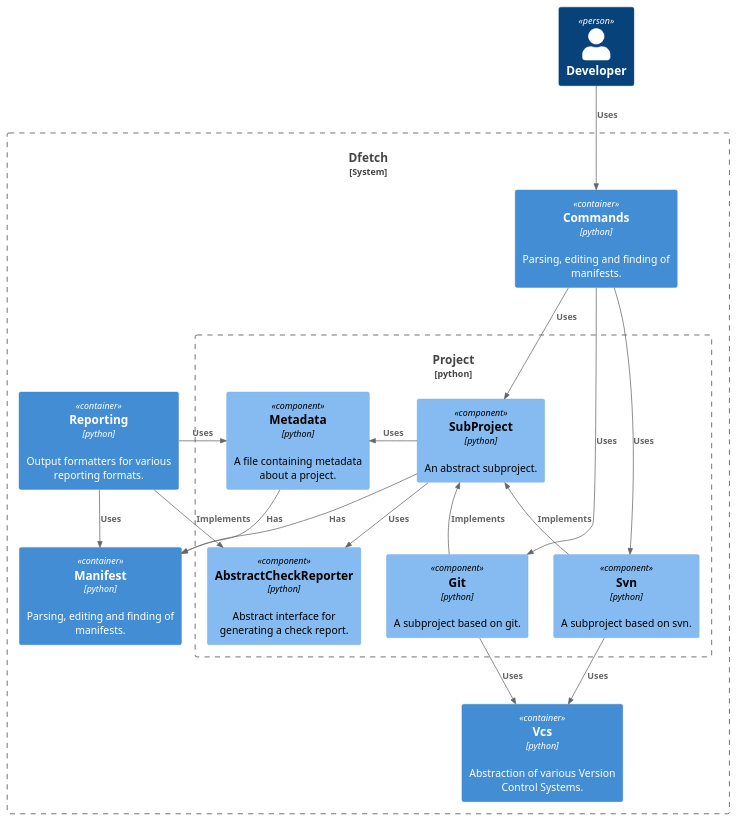
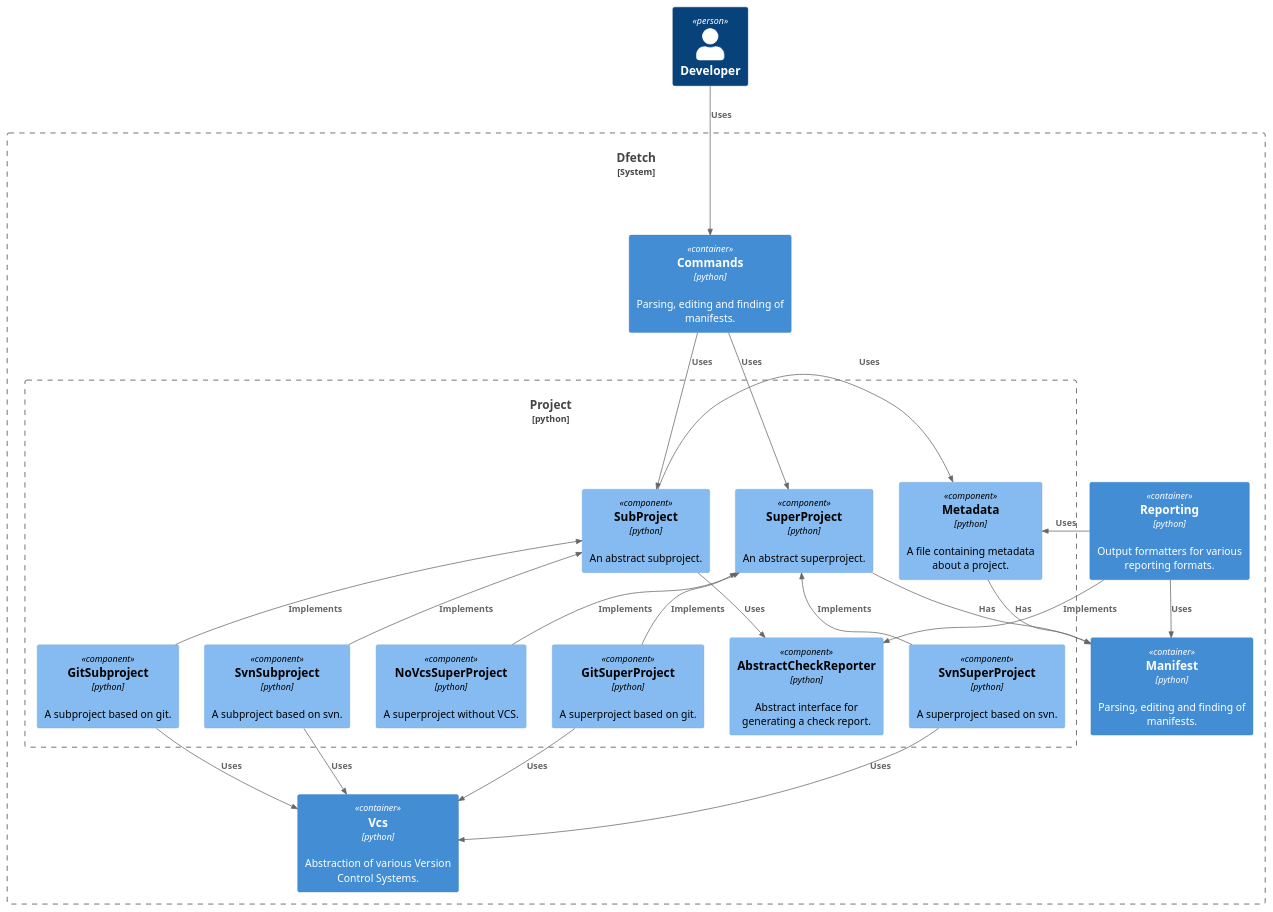
One commit to dfetch-org/dfetch changed the diagram in doc/static/uml/c3_dfetch_components_project.puml. Above: the diagram before and after it, drawn with PlantUML.

Commit message:
Add superproject to c3 diagram

```diff
--- a/doc/static/uml/c3_dfetch_components_project.puml
+++ b/doc/static/uml/c3_dfetch_components_project.puml
@@ -1,44 +1,52 @@
 @startuml
 
 !include https://raw.githubusercontent.com/plantuml-stdlib/C4-PlantUML/master/C4_Component.puml
 
 Person(user, "Developer")
 
 System_Boundary(DFetch, "Dfetch") {
 
     Container(contCommands, "Commands", "python", "Parsing, editing and finding of manifests.")
 
     Container(contManifest, "Manifest", "python", "Parsing, editing and finding of manifests.")
     Boundary(DfetchProject, "Project", "python", "Main project that has a manifest.") {
 
         Component(compAbstractCheckReporter, "AbstractCheckReporter", "python", "Abstract interface for generating a check report.")
-        Component(compGit, "Git", "python", "A subproject based on git.")
+        Component(compGitSub, "GitSubproject", "python", "A subproject based on git.")
         Component(compMetadata, "Metadata", "python", "A file containing metadata about a project.")
-        Component(compSvn, "Svn", "python", "A subproject based on svn.")
+        Component(compSvnSub, "SvnSubproject", "python", "A subproject based on svn.")
         Component(compSubProject, "SubProject", "python", "An abstract subproject.")
+        Component(compSuperProject, "SuperProject", "python", "An abstract superproject.")
+        Component(compGitSuper, "GitSuperProject", "python", "A superproject based on git.")
+        Component(compSvnSuper, "SvnSuperProject", "python", "A superproject based on svn.")
+        Component(compNoVcsSuper, "NoVcsSuperProject", "python", "A superproject without VCS.")
 
-        Rel_U(compGit, compSubProject, "Implements")
-        Rel_U(compSvn, compSubProject, "Implements")
+        Rel_U(compGitSub, compSubProject, "Implements")
+        Rel_U(compSvnSub, compSubProject, "Implements")
         Rel(compSubProject, compAbstractCheckReporter, "Uses")
         Rel_L(compSubProject, compMetadata, "Uses")
+
+        Rel_U(compGitSuper, compSuperProject, "Implements")
+        Rel_U(compSvnSuper, compSuperProject, "Implements")
+        Rel_U(compNoVcsSuper, compSuperProject, "Implements")
     }
-
 
     Container(contVcs, "Vcs", "python", "Abstraction of various Version Control Systems.")
     Container(contReporting, "Reporting", "python", "Output formatters for various reporting formats.")
 
+    Rel(contCommands, compSuperProject, "Uses")
     Rel(contCommands, compSubProject, "Uses")
-    Rel(contCommands, compGit, "Uses")
-    Rel(contCommands, compSvn, "Uses")
     Rel(contReporting, compAbstractCheckReporter, "Implements")
     Rel_R(contReporting, compMetadata, "Uses")
     Rel_R(compMetadata, contManifest, "Has")
-    Rel(compSubProject, contManifest, "Has")
+    Rel(compSuperProject, contManifest, "Has")
     Rel(contReporting, contManifest, "Uses")
-    Rel(compGit, contVcs, "Uses")
-    Rel(compSvn, contVcs, "Uses")
+    Rel(compGitSub, contVcs, "Uses")
+    Rel(compSvnSub, contVcs, "Uses")
+    Rel(compGitSuper, contVcs, "Uses")
+    Rel(compSvnSuper, contVcs, "Uses")
 }
 
 Rel(user, contCommands, "Uses")
 
 @enduml
```
